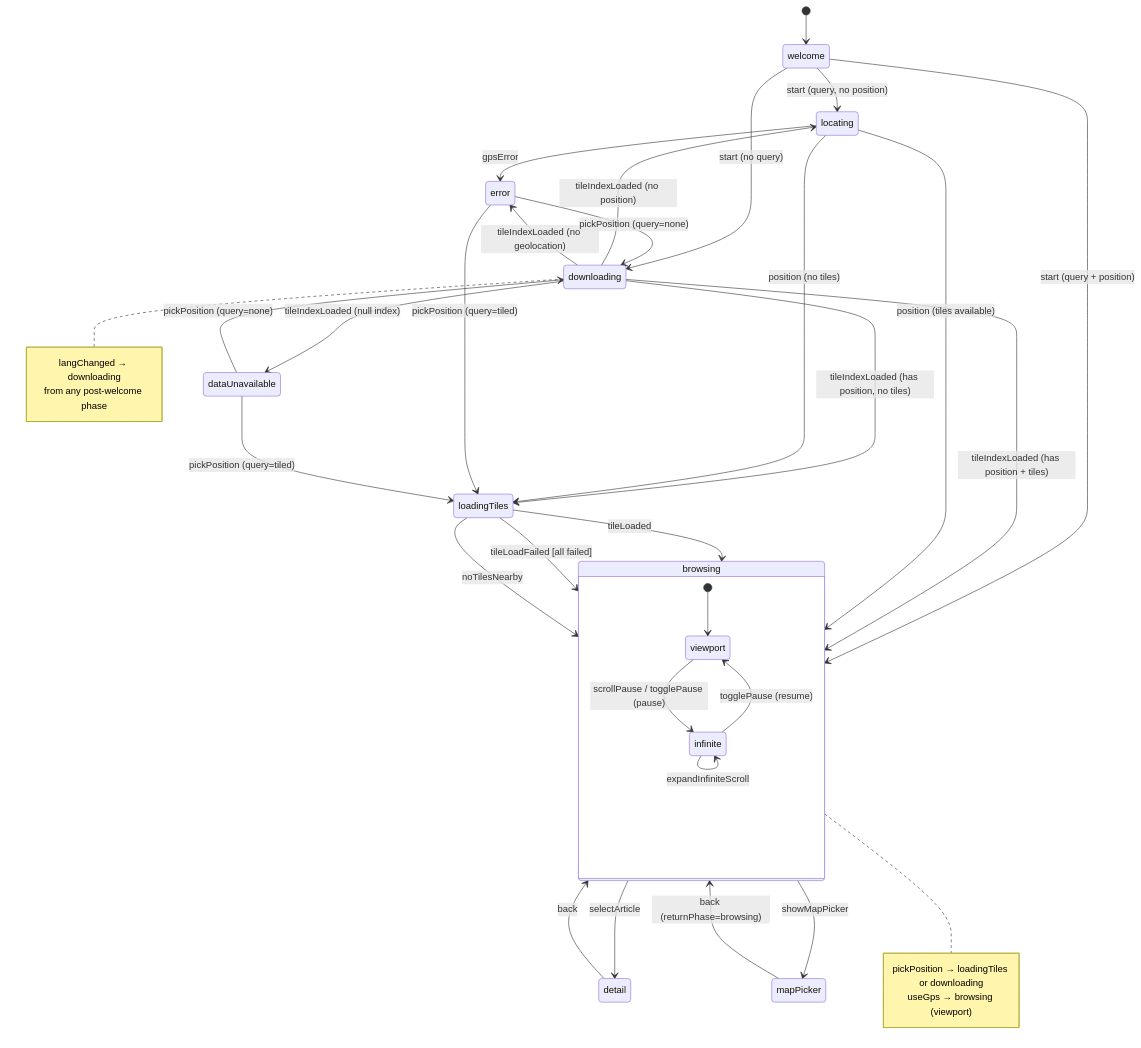
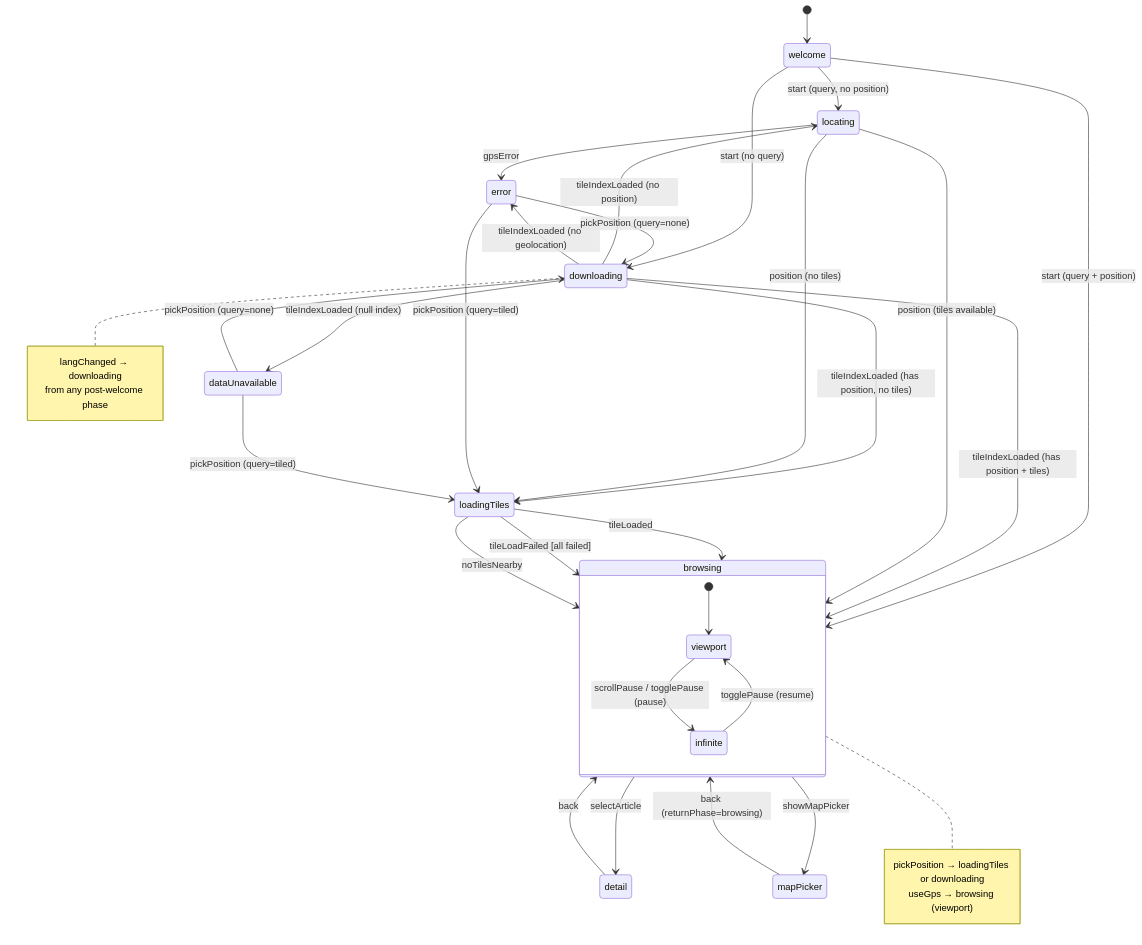
The diagram in docs/state-machine.md (ChrisSteinbach/tour-guide), drawn with Mermaid before and after one commit. The commit also changed other lines of this file and 30 other files, not shown here.

````diff
--- a/docs/state-machine.md
+++ b/docs/state-machine.md
@@ -123,49 +122,48 @@
 ```mermaid
 stateDiagram-v2
     [*] --> welcome
 
     welcome --> browsing : start (query + position)
     welcome --> locating : start (query, no position)
     welcome --> downloading : start (no query)
 
     downloading --> browsing : tileIndexLoaded (has position + tiles)
     downloading --> loadingTiles : tileIndexLoaded (has position, no tiles)
     downloading --> locating : tileIndexLoaded (no position)
     downloading --> error : tileIndexLoaded (no geolocation)
     downloading --> dataUnavailable : tileIndexLoaded (null index)
 
     locating --> loadingTiles : position (no tiles)
     locating --> browsing : position (tiles available)
     locating --> error : gpsError
 
     loadingTiles --> browsing : tileLoaded
     loadingTiles --> browsing : tileLoadFailed [all failed]
     loadingTiles --> browsing : noTilesNearby
 
     error --> loadingTiles : pickPosition (query=tiled)
     error --> downloading : pickPosition (query=none)
     dataUnavailable --> loadingTiles : pickPosition (query=tiled)
     dataUnavailable --> downloading : pickPosition (query=none)
 
     browsing --> detail : selectArticle
     browsing --> mapPicker : showMapPicker
     detail --> browsing : back
     mapPicker --> browsing : back (returnPhase=browsing)
 
     state browsing {
         [*] --> viewport
         viewport --> infinite : scrollPause / togglePause (pause)
         infinite --> viewport : togglePause (resume)
-        infinite --> infinite : expandInfiniteScroll
     }
 
     note right of browsing
         pickPosition → loadingTiles or downloading
         useGps → browsing (viewport)
     end note
 
     note right of downloading
         langChanged → downloading
         from any post-welcome phase
     end note
 ```
````
